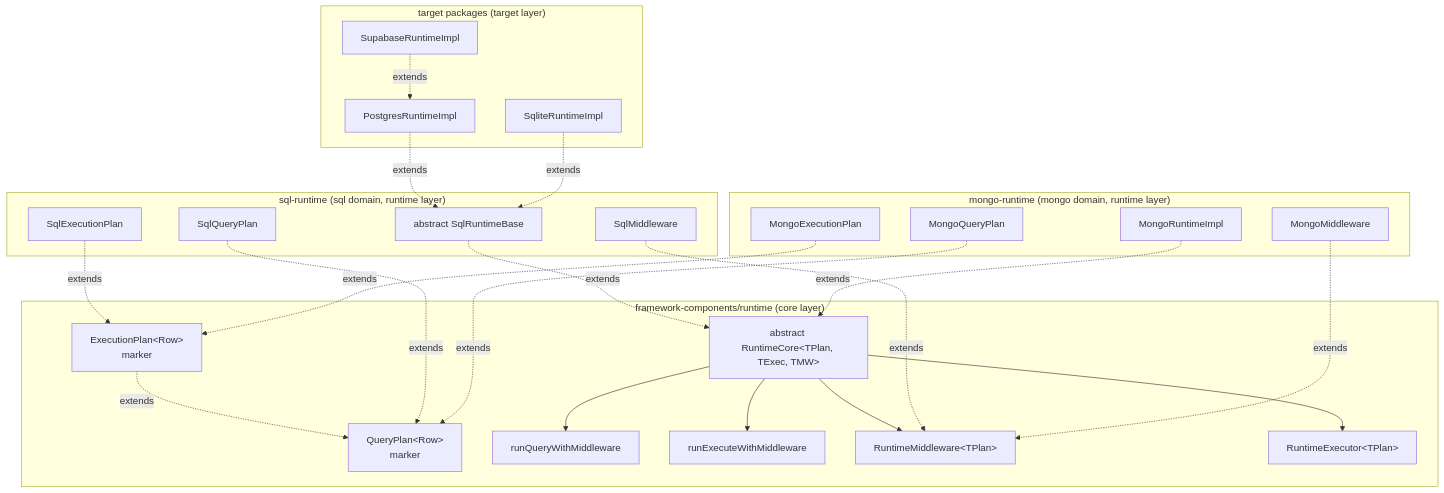
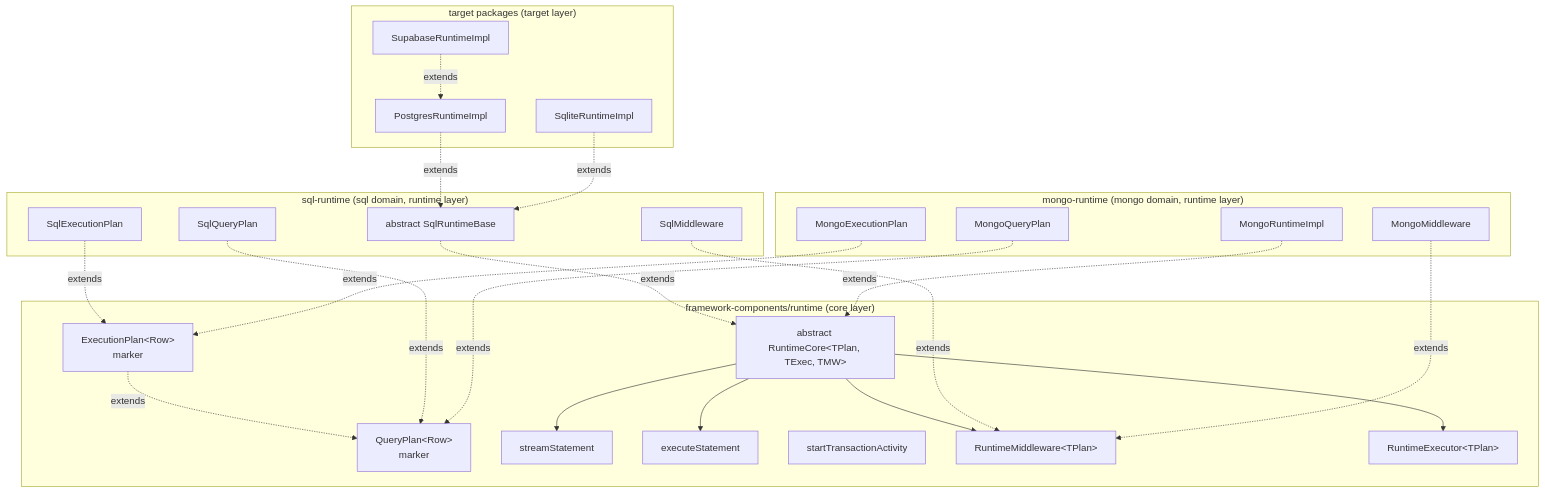
Before and after one commit to prisma/prisma: the first of 3 diagrams in docs/architecture docs/subsystems/4. Runtime & Middleware Framework.md, drawn with Mermaid. The commit also changed other lines of this file and 17 other files, not shown here.

First line of the commit message:
TML-3559: Document statement and transaction activities and record upgrade instructions

````diff
--- a/docs/architecture docs/subsystems/4. Runtime & Middleware Framework.md
+++ b/docs/architecture docs/subsystems/4. Runtime & Middleware Framework.md
@@ -31,48 +31,49 @@
 ```mermaid
 flowchart TB
   subgraph framework["framework-components/runtime (core layer)"]
     QP[QueryPlan&lt;Row&gt;<br/>marker]
     EP[ExecutionPlan&lt;Row&gt;<br/>marker]
     EP -.extends.-> QP
     Core[abstract RuntimeCore&lt;TPlan, TExec, TMW&gt;]
-    QueryHelper[runQueryWithMiddleware]
-    ExecHelper[runExecuteWithMiddleware]
+    QueryHelper[streamStatement]
+    ExecHelper[executeStatement]
+    TxHelper[startTransactionActivity]
     MW[RuntimeMiddleware&lt;TPlan&gt;]
     Exec[RuntimeExecutor&lt;TPlan&gt;]
     Core --> QueryHelper
     Core --> ExecHelper
     Core --> MW
     Core --> Exec
   end
 
   subgraph sql["sql-runtime (sql domain, runtime layer)"]
     SQP[SqlQueryPlan]
     SEP[SqlExecutionPlan]
     SR[abstract SqlRuntimeBase]
     SMW[SqlMiddleware]
     SQP -.extends.-> QP
     SEP -.extends.-> EP
     SR -.extends.-> Core
     SMW -.extends.-> MW
   end
 
   subgraph mongo["mongo-runtime (mongo domain, runtime layer)"]
     MQP[MongoQueryPlan]
     MEP[MongoExecutionPlan]
     MR[MongoRuntimeImpl]
     MMW[MongoMiddleware]
     MQP -.extends.-> QP
     MEP -.extends.-> EP
     MR -.extends.-> Core
     MMW -.extends.-> MW
   end
 
   subgraph targets["target packages (target layer)"]
     PR[PostgresRuntimeImpl]
     SLR[SqliteRuntimeImpl]
     SupR[SupabaseRuntimeImpl]
     PR -.extends.-> SR
     SLR -.extends.-> SR
     SupR -.extends.-> PR
   end
 ```
````
